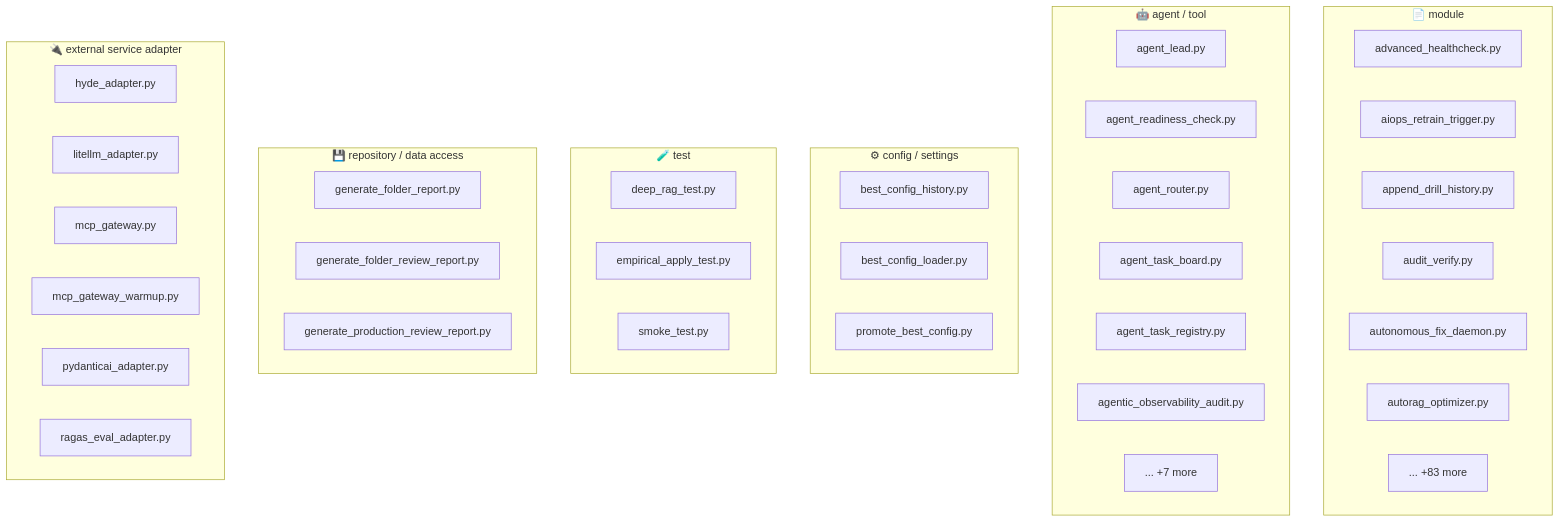
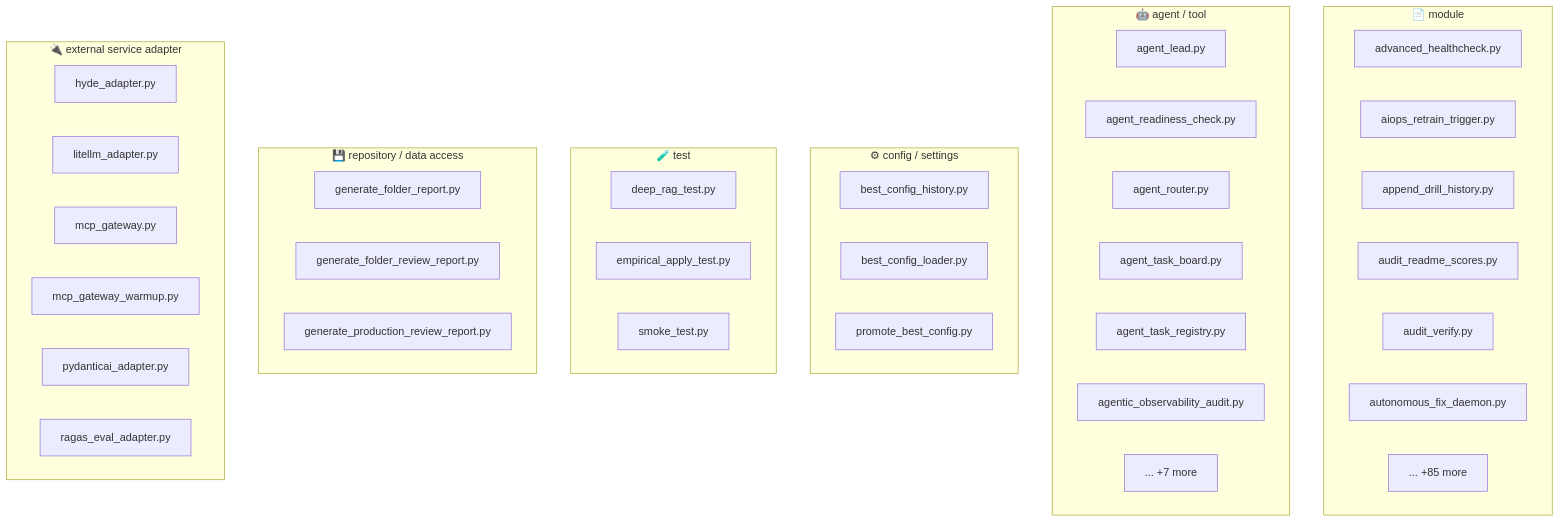
Before and after one commit to PraveenAsthana123/circuitRAG: the third of 14 diagrams in scripts/README.md, drawn with Mermaid. The commit also changed other lines of this file and 46 other files, not shown here.

````diff
--- a/scripts/README.md
+++ b/scripts/README.md
@@ -595,44 +599,44 @@
 ```mermaid
 flowchart TB
     subgraph __module["📄 module"]
         advanced_healthcheck_py["advanced_healthcheck.py"]
         aiops_retrain_trigger_py["aiops_retrain_trigger.py"]
         append_drill_history_py["append_drill_history.py"]
+        audit_readme_scores_py["audit_readme_scores.py"]
         audit_verify_py["audit_verify.py"]
         autonomous_fix_daemon_py["autonomous_fix_daemon.py"]
-        autorag_optimizer_py["autorag_optimizer.py"]
-        more___module["... +83 more"]
+        more___module["... +85 more"]
     end
     subgraph __agent___tool["🤖 agent / tool"]
         agent_lead_py["agent_lead.py"]
         agent_readiness_check_py["agent_readiness_check.py"]
         agent_router_py["agent_router.py"]
         agent_task_board_py["agent_task_board.py"]
         agent_task_registry_py["agent_task_registry.py"]
         agentic_observability_audit_py["agentic_observability_audit.py"]
         more___agent___tool["... +7 more"]
     end
     subgraph __config___settings["⚙ config / settings"]
         best_config_history_py["best_config_history.py"]
         best_config_loader_py["best_config_loader.py"]
         promote_best_config_py["promote_best_config.py"]
     end
     subgraph __test["🧪 test"]
         deep_rag_test_py["deep_rag_test.py"]
         empirical_apply_test_py["empirical_apply_test.py"]
         smoke_test_py["smoke_test.py"]
     end
     subgraph __repository___data_access["💾 repository / data access"]
         generate_folder_report_py["generate_folder_report.py"]
         generate_folder_review_report_py["generate_folder_review_report.py"]
         generate_production_review_report_py["generate_production_review_report.py"]
     end
     subgraph __external_service_adapter["🔌 external service adapter"]
         hyde_adapter_py["hyde_adapter.py"]
         litellm_adapter_py["litellm_adapter.py"]
         mcp_gateway_py["mcp_gateway.py"]
         mcp_gateway_warmup_py["mcp_gateway_warmup.py"]
         pydanticai_adapter_py["pydanticai_adapter.py"]
         ragas_eval_adapter_py["ragas_eval_adapter.py"]
     end
 ```
````
